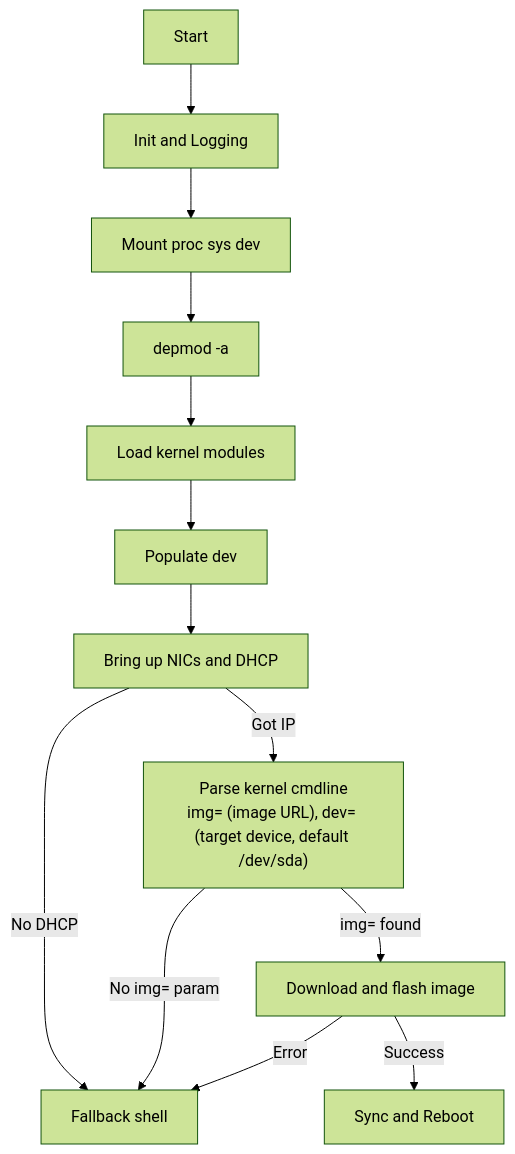
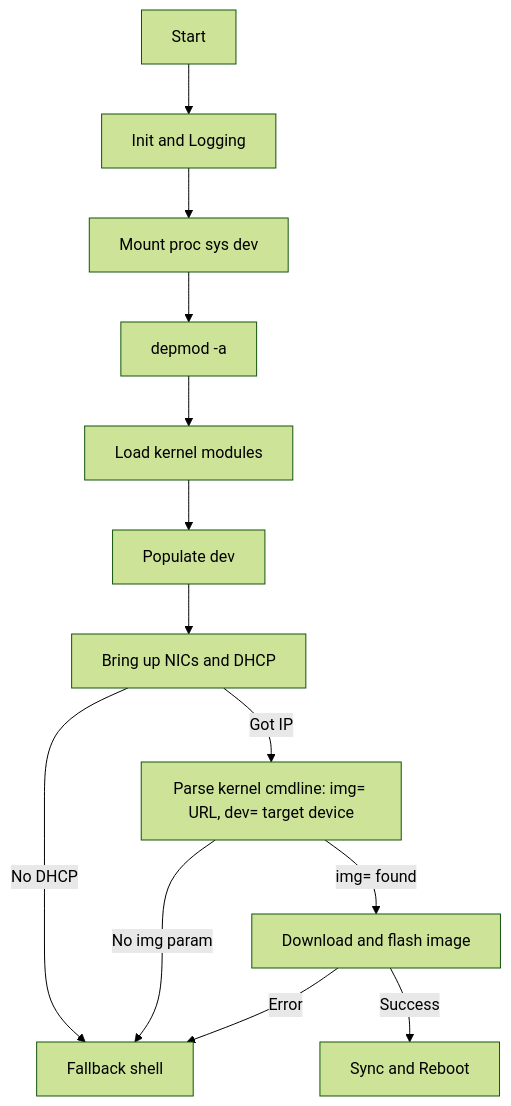
The diagram in doc/flow-diagram.md (jjbailey/initramfs-flash), drawn with Mermaid (forest theme) before and after one commit. The commit also changed 1 other file, not shown here.

Commit message:
try fixing mermaid for github (#5)

````diff
--- a/doc/flow-diagram.md
+++ b/doc/flow-diagram.md
@@ -4,28 +4,28 @@
 ```mermaid
 flowchart TD
     A[Start]
     B[Init and Logging]
     C[Mount proc sys dev]
     D[depmod -a]
     E[Load kernel modules]
     F[Populate dev]
     G[Bring up NICs and DHCP]
-    H["Parse kernel cmdline<br/>img= (image URL), dev= (target device, default /dev/sda)"]
+    H["Parse kernel cmdline: img= URL, dev= target device"]
     I[Download and flash image]
     J[Sync and Reboot]
     K[Fallback shell]
 
     A --> B
     B --> C
     C --> D
     D --> E
     E --> F
     F --> G
     G -->|No DHCP| K
     G -->|Got IP| H
-    H -->|"No img= param"| K
+    H -->|No img param| K
     H -->|img= found| I
     I -->|Error| K
     I -->|Success| J
 
 ```
````
